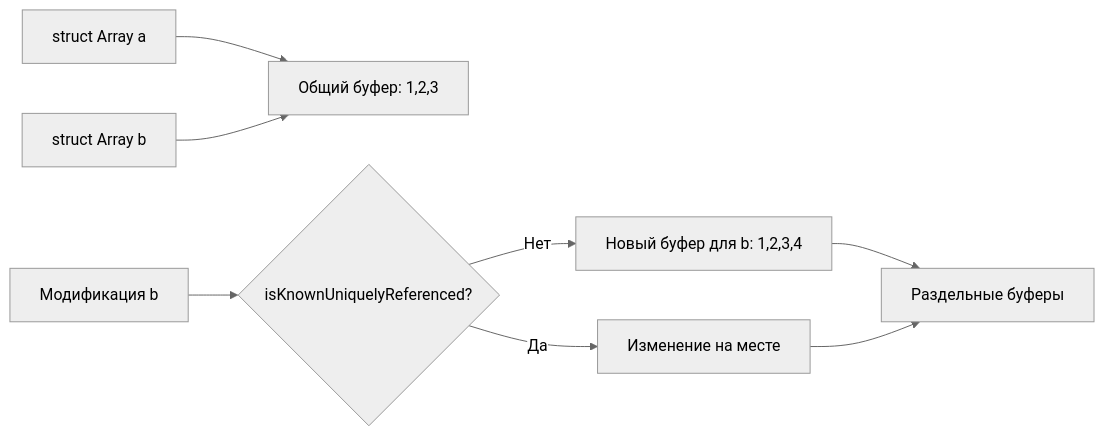
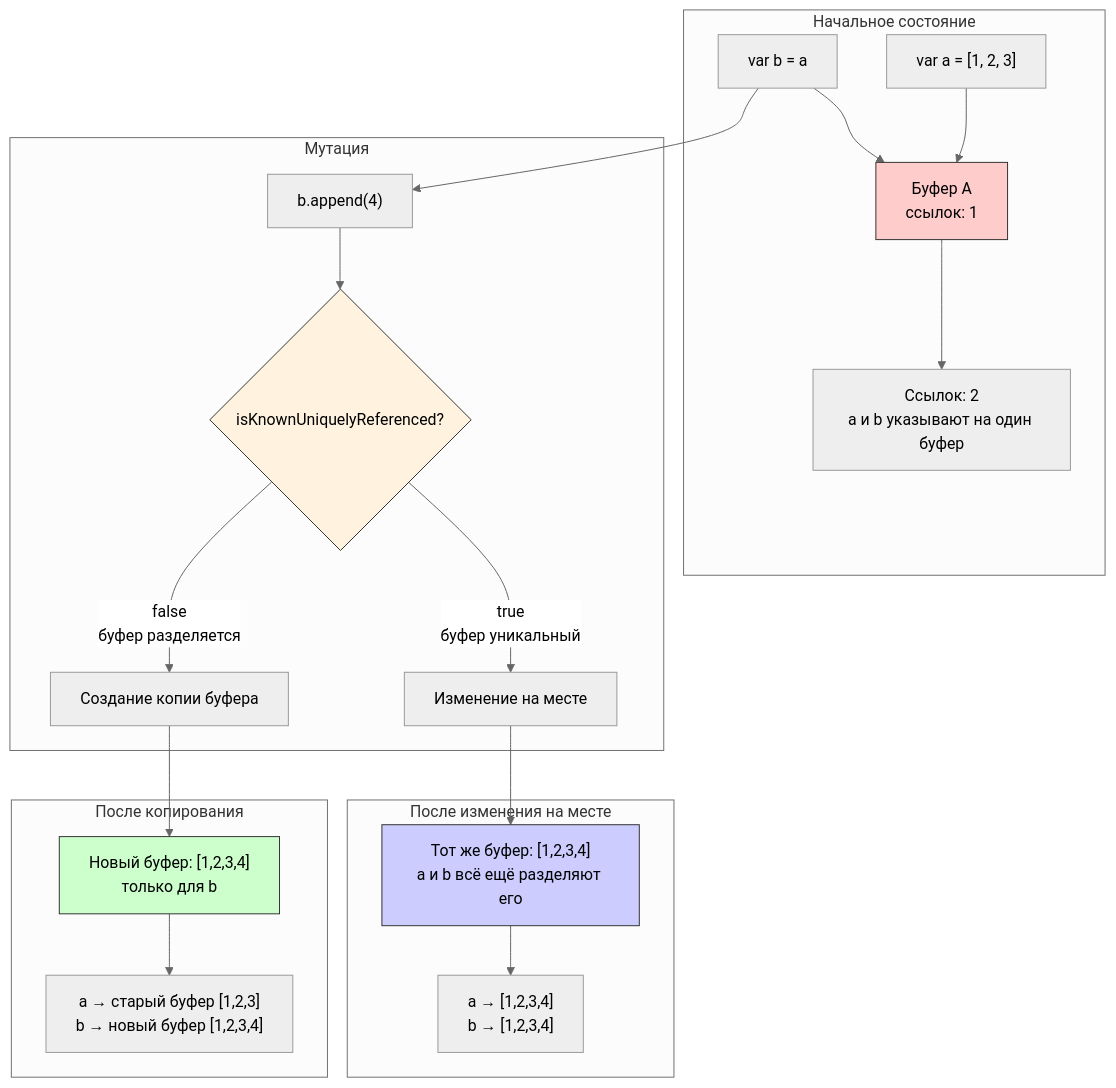
One commit to NuttyCheese/Obsidian changed the diagram in Swift/Теория/Контроль памяти/Copy-On-Write.md. Above: the diagram before and after it, drawn with Mermaid (neutral theme). The commit also changed other lines of this file and 4 other files, not shown here.

````diff
--- a/Swift/Теория/Контроль памяти/Copy-On-Write.md
+++ b/Swift/Теория/Контроль памяти/Copy-On-Write.md
@@ -22,12 +20,30 @@
 ```mermaid
-flowchart LR
-    A[struct Array a] --> B[Общий буфер: 1,2,3]
-    C[struct Array b] --> B
-    
-    D[Модификация b] --> E{isKnownUniquelyReferenced?}
-    E -->|Нет| F[Новый буфер для b: 1,2,3,4]
-    E -->|Да| G[Изменение на месте]
-    
-    F --> H[Раздельные буферы]
-    G --> H
+flowchart TD
+    subgraph Initial[Начальное состояние]
+        A1["var a = [1, 2, 3]"] --> Buffer1[Буфер A<br/>ссылок: 1]
+        B1["var b = a"] --> Buffer1
+        Buffer1 --> RefCount["Ссылок: 2<br/>a и b указывают на один буфер"]
+    end
+
+    subgraph Mutation[Мутация]
+        B1 --> Append["b.append(4)"]
+        Append --> Check{isKnownUniquelyReferenced?}
+        Check -->|false<br/>буфер разделяется| Copy[Создание копии буфера]
+        Check -->|true<br/>буфер уникальный| InPlace[Изменение на месте]
+    end
+
+    subgraph AfterCopy[После копирования]
+        Copy --> NewBuffer["Новый буфер: [1,2,3,4]<br/>только для b"]
+        NewBuffer --> Result1["a → старый буфер [1,2,3]<br/>b → новый буфер [1,2,3,4]"]
+    end
+
+    subgraph AfterInPlace[После изменения на месте]
+        InPlace --> SameBuffer["Тот же буфер: [1,2,3,4]<br/>a и b всё ещё разделяют его"]
+        SameBuffer --> Result2["a → [1,2,3,4]<br/>b → [1,2,3,4]"]
+    end
+
+    style Buffer1 fill:#ffcccc,stroke:#333
+    style NewBuffer fill:#ccffcc,stroke:#333
+    style SameBuffer fill:#ccccff,stroke:#333
+    style Check fill:#fff3e0,stroke:#333
 ```
````
